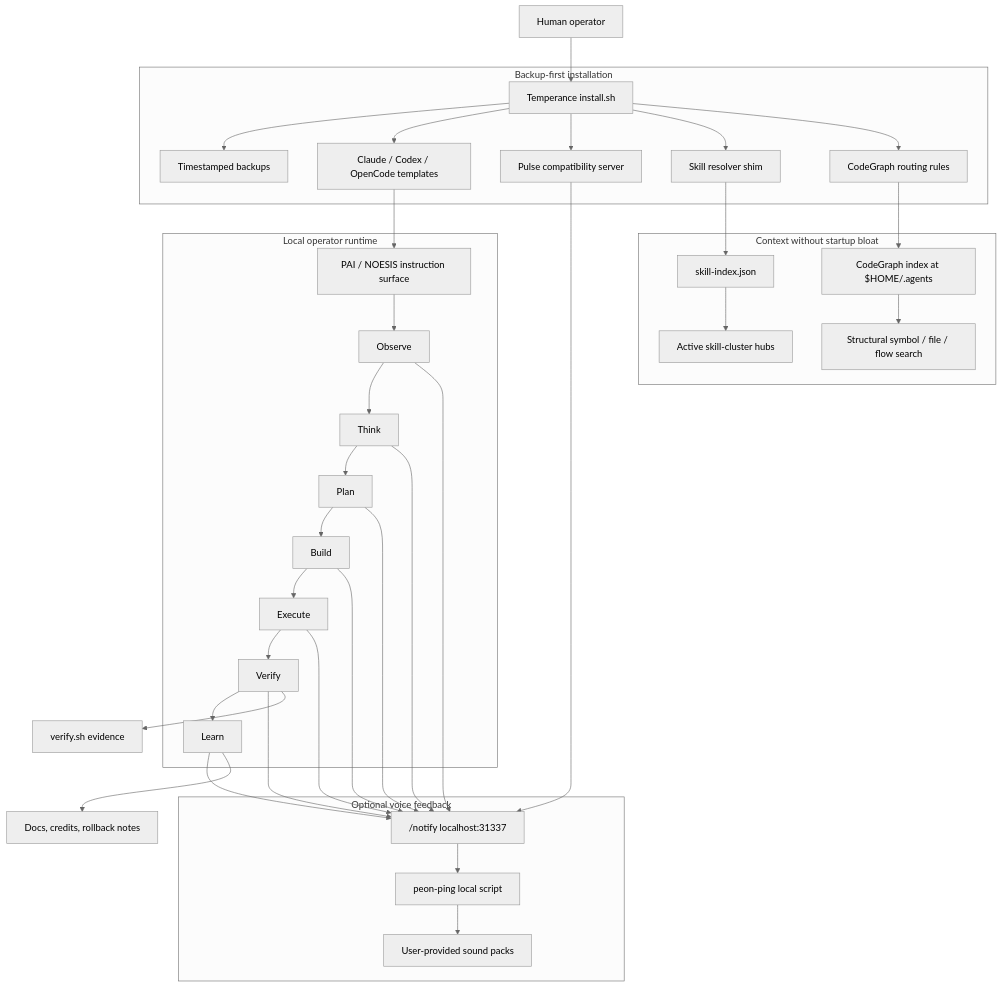
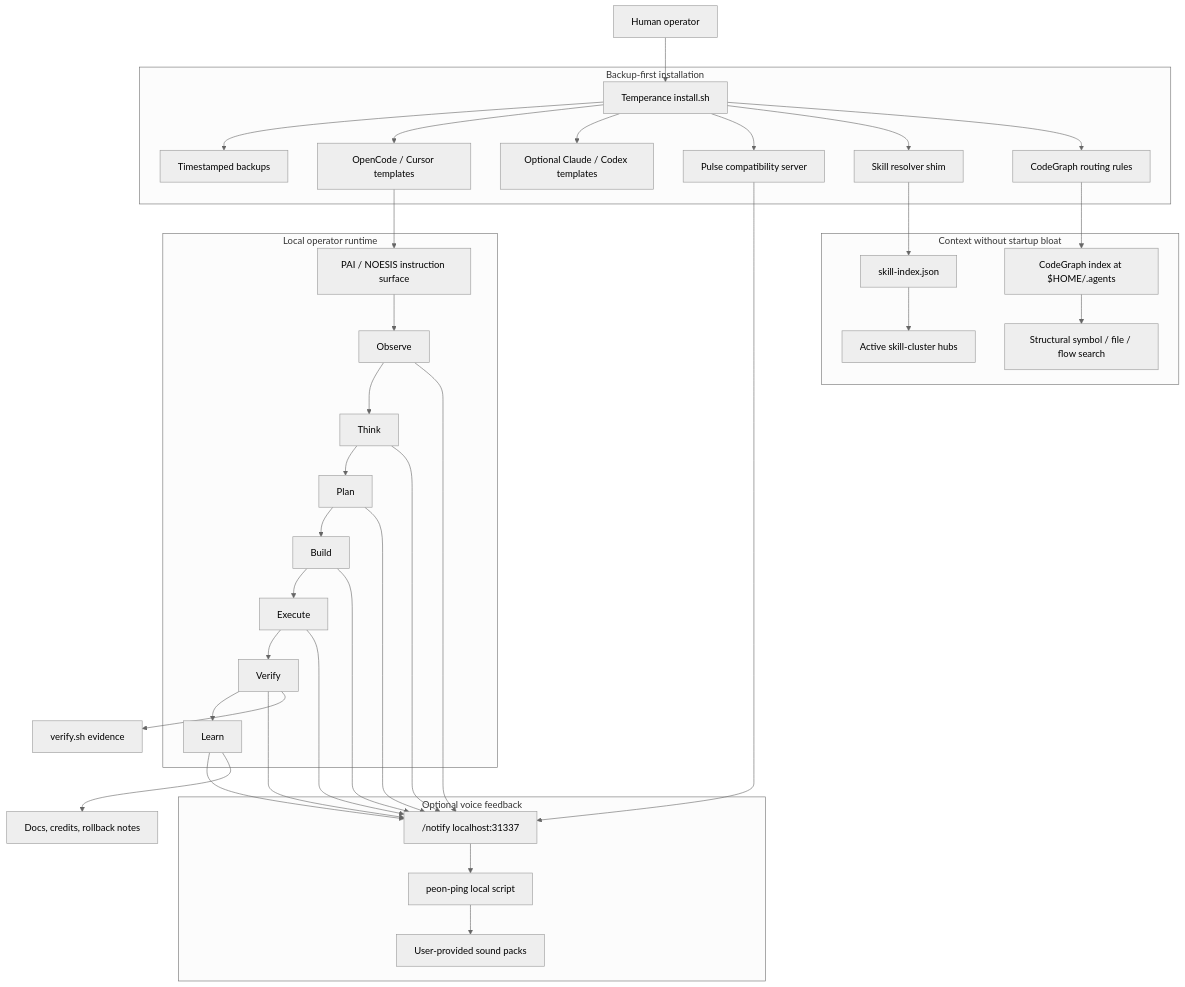
One commit to Sheshiyer/temperance_engine changed the second of 2 diagrams in README.md. Above: the diagram before and after it, drawn with Mermaid (neutral theme). The commit also changed other lines of this file and 24 other files, not shown here.

````diff
--- a/README.md
+++ b/README.md
@@ -198,46 +204,47 @@
 ```mermaid
 flowchart TB
     U[Human operator] --> I[Temperance install.sh]
 
     subgraph SafeInstall[Backup-first installation]
         I --> B[Timestamped backups]
-        I --> T[Claude / Codex / OpenCode templates]
+        I --> T[OpenCode / Cursor templates]
+        I --> OPT[Optional Claude / Codex templates]
         I --> P[Pulse compatibility server]
         I --> R[Skill resolver shim]
         I --> G[CodeGraph routing rules]
     end
 
     subgraph Runtime[Local operator runtime]
         T --> A[PAI / NOESIS instruction surface]
         A --> O[Observe]
         O --> TH[Think]
         TH --> PL[Plan]
         PL --> BU[Build]
         BU --> EX[Execute]
         EX --> VE[Verify]
         VE --> LE[Learn]
     end
 
     subgraph SearchAndSkills[Context without startup bloat]
         R --> SI[skill-index.json]
         SI --> SC[Active skill-cluster hubs]
         G --> CG[CodeGraph index at $HOME/.agents]
         CG --> SS[Structural symbol / file / flow search]
     end
 
     subgraph Voice[Optional voice feedback]
         P --> N["/notify localhost:31337"]
         O --> N
         TH --> N
         PL --> N
         BU --> N
         EX --> N
         VE --> N
         LE --> N
         N --> PP[peon-ping local script]
         PP --> VP[User-provided sound packs]
     end
 
     VE --> VFY[verify.sh evidence]
     LE --> DOC[Docs, credits, rollback notes]
 ```
````
